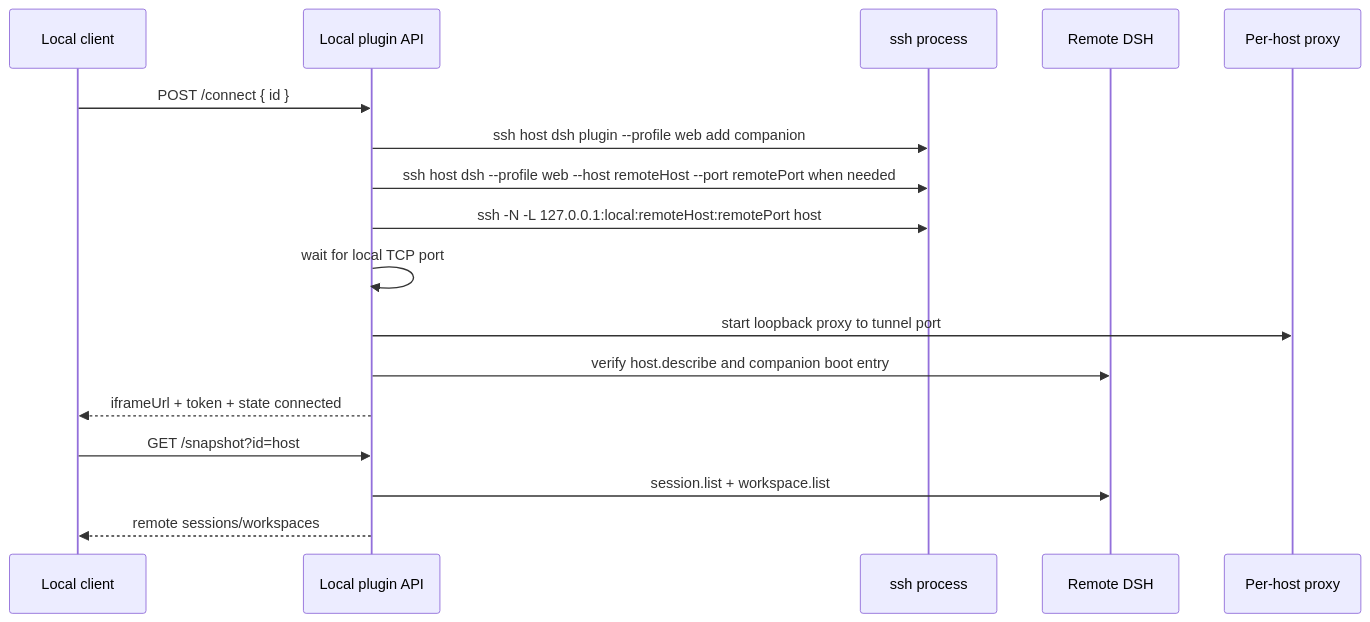
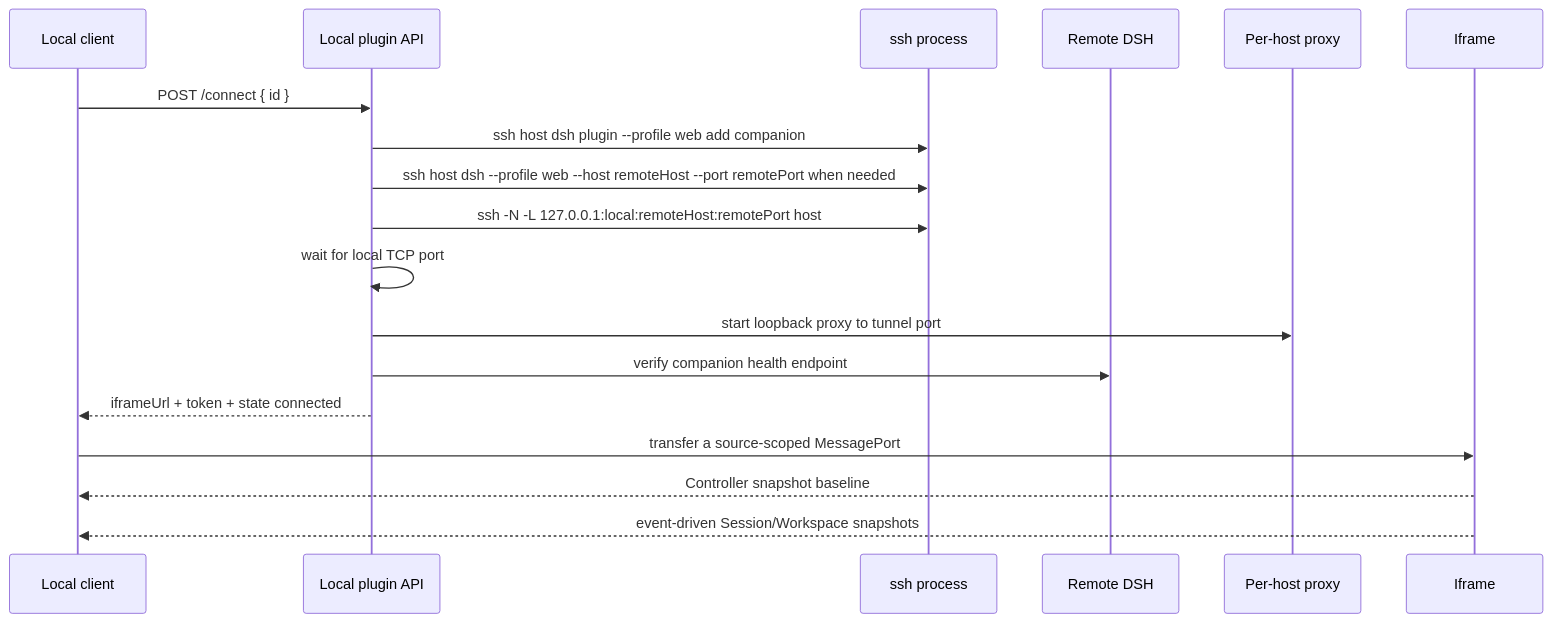
The second of 2 diagrams in docs/architecture.md (sincerity711/dsh-remote-desktop), drawn with Mermaid before and after one commit. The commit also changed other lines of this file and 44 other files, not shown here.

Commit message:
feat: integrate official remote workspace bridge

````diff
--- a/docs/architecture.md
+++ b/docs/architecture.md
@@ -66,20 +69,20 @@
 ```mermaid
 sequenceDiagram
   participant UI as Local client
   participant API as Local plugin API
   participant SSH as ssh process
   participant Remote as Remote DSH
   participant Proxy as Per-host proxy
 
   UI->>API: POST /connect { id }
   API->>SSH: ssh host dsh plugin --profile web add companion
   API->>SSH: ssh host dsh --profile web --host remoteHost --port remotePort when needed
   API->>SSH: ssh -N -L 127.0.0.1:local:remoteHost:remotePort host
   API->>API: wait for local TCP port
   API->>Proxy: start loopback proxy to tunnel port
-  API->>Remote: verify host.describe and companion boot entry
+  API->>Remote: verify companion health endpoint
   API-->>UI: iframeUrl + token + state connected
-  UI->>API: GET /snapshot?id=host
-  API->>Remote: session.list + workspace.list
-  API-->>UI: remote sessions/workspaces
+  UI->>Iframe: transfer a source-scoped MessagePort
+  Iframe-->>UI: Controller snapshot baseline
+  Iframe-->>UI: event-driven Session/Workspace snapshots
 ```
````
